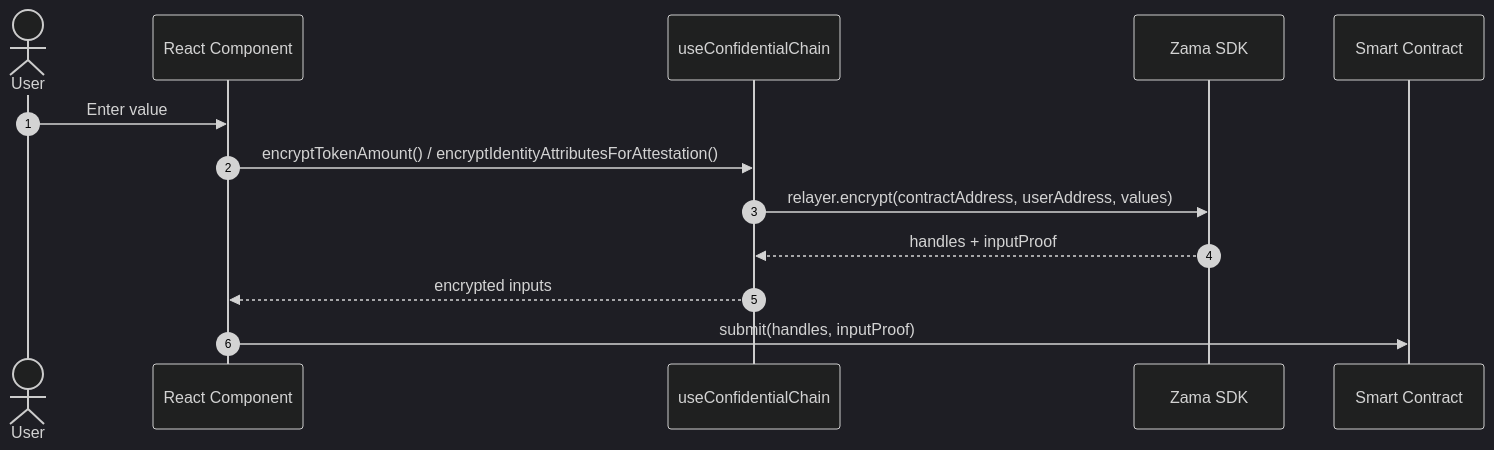
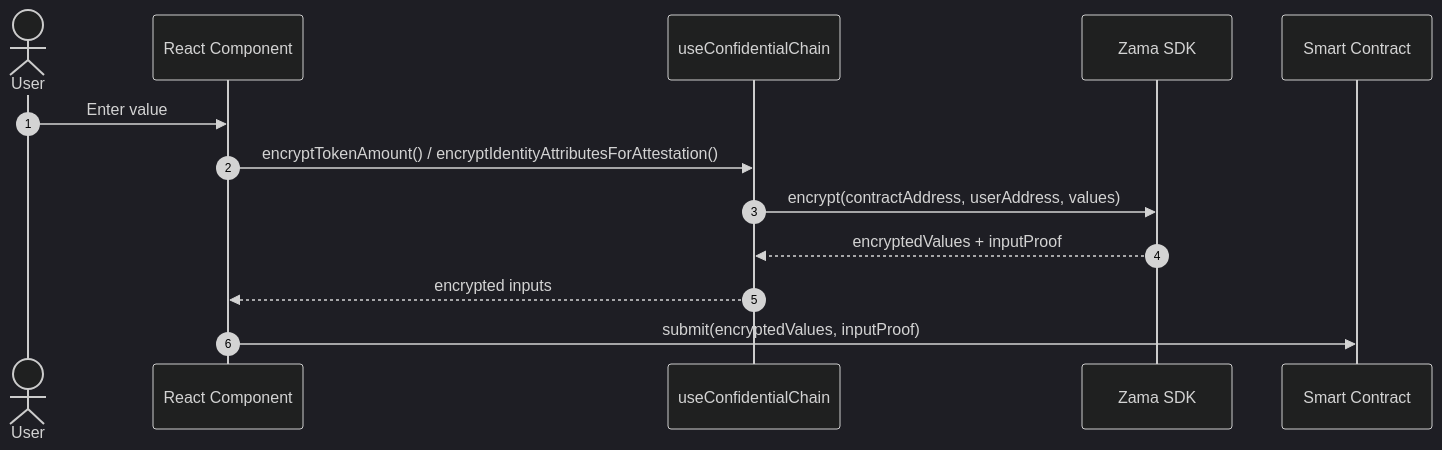
The seventh of 9 diagrams in docs/(architecture)/web3-architecture.md (gustavovalverde/zentity), drawn with Mermaid (dark theme) before and after one commit. The commit also changed other lines of this file and 78 other files, not shown here.

````diff
--- a/docs/(architecture)/web3-architecture.md
+++ b/docs/(architecture)/web3-architecture.md
@@ -342,16 +342,16 @@
 ```mermaid
 sequenceDiagram
   autonumber
   actor User
   participant C as React Component
   participant H as useConfidentialChain
   participant SDK as Zama SDK
   participant S as Smart Contract
 
   User->>C: Enter value
   C->>H: encryptTokenAmount() / encryptIdentityAttributesForAttestation()
-  H->>SDK: relayer.encrypt(contractAddress, userAddress, values)
-  SDK-->>H: handles + inputProof
+  H->>SDK: encrypt(contractAddress, userAddress, values)
+  SDK-->>H: encryptedValues + inputProof
   H-->>C: encrypted inputs
-  C->>S: submit(handles, inputProof)
+  C->>S: submit(encryptedValues, inputProof)
 ```
````
